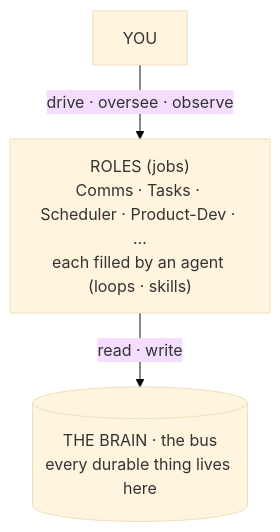
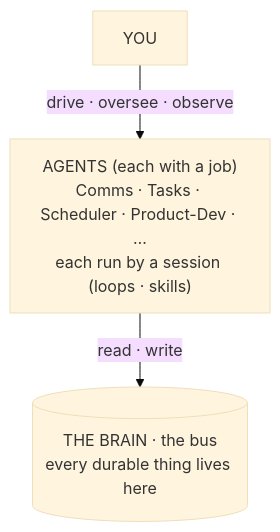
The first of 2 diagrams in AGENT_ARCHITECTURE.md (heyharmon/agent-os), drawn with Mermaid (base theme) before and after one commit. The commit also changed other lines of this file and 11 other files, not shown here.

First line of the commit message:
Rename roles to agents; charters to jobs; machinery area to harness/

````diff
--- a/AGENT_ARCHITECTURE.md
+++ b/AGENT_ARCHITECTURE.md
@@ -107,5 +107,5 @@
 ```mermaid
 flowchart TD
-    you["YOU"] -- "drive · oversee · observe" --> roles["ROLES (jobs)<br/>Comms · Tasks · Scheduler · Product-Dev · …<br/>each filled by an agent (loops · skills)"]
-    roles -- "read · write" --> brain[("THE BRAIN · the bus<br/>every durable thing lives here")]
+    you["YOU"] -- "drive · oversee · observe" --> agents["AGENTS (each with a job)<br/>Comms · Tasks · Scheduler · Product-Dev · …<br/>each run by a session (loops · skills)"]
+    agents -- "read · write" --> brain[("THE BRAIN · the bus<br/>every durable thing lives here")]
 ```
````
